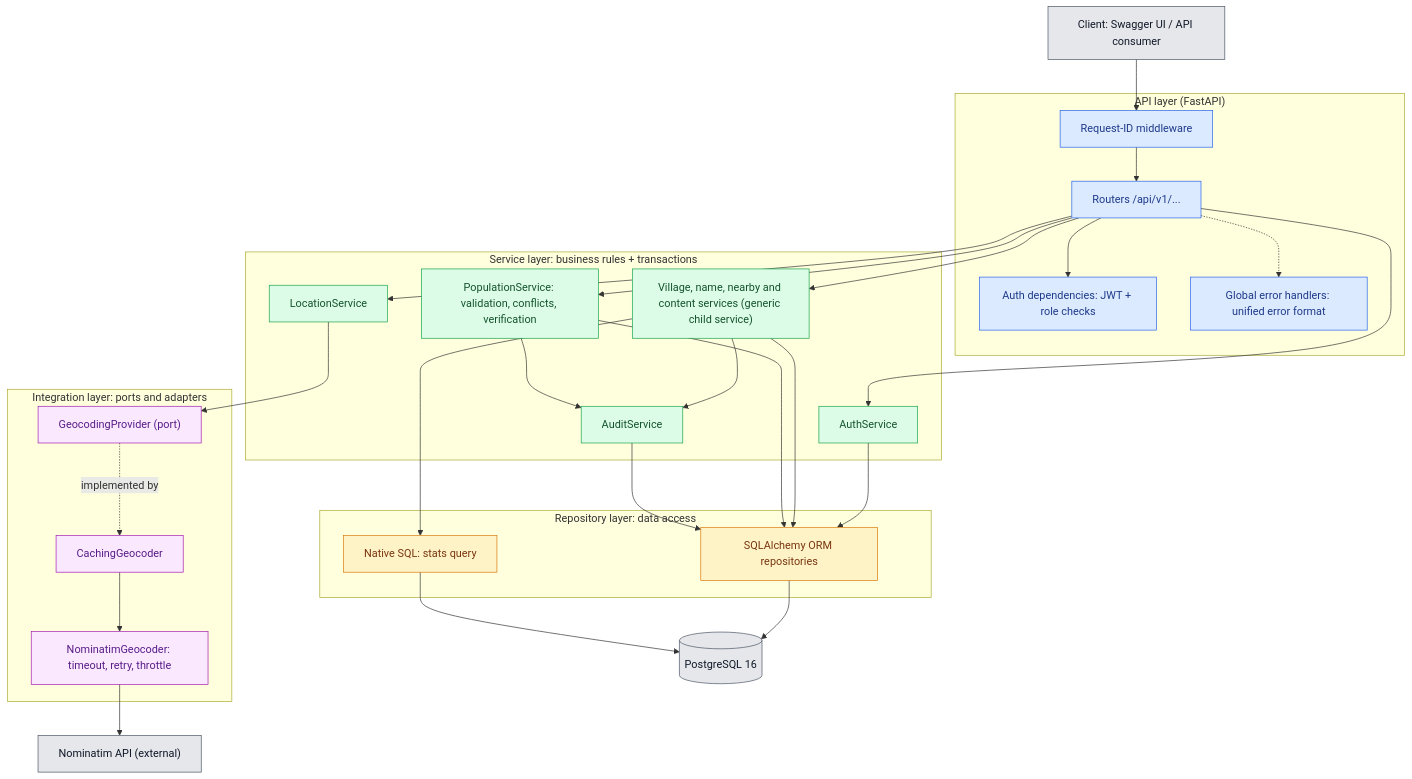
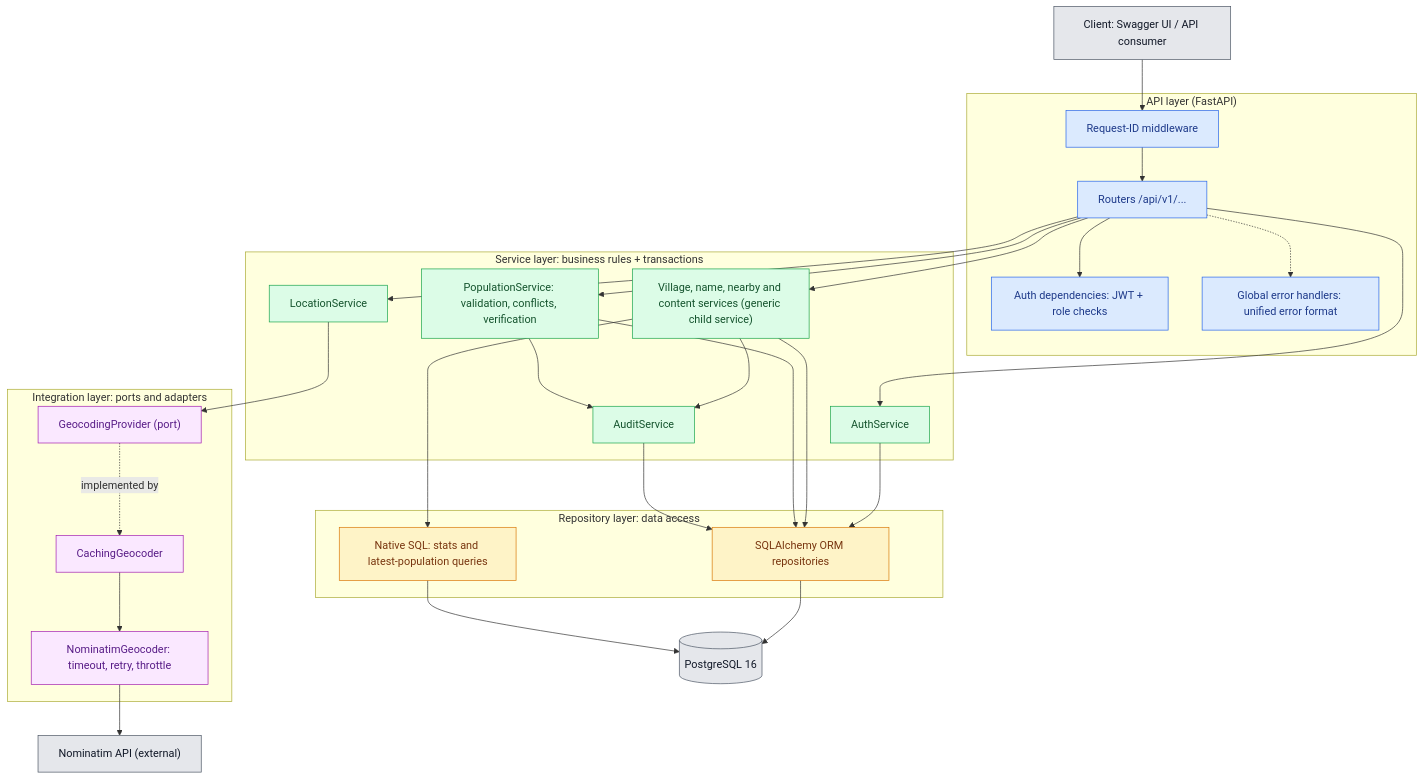
The first of 4 diagrams in docs/architecture.md (basmalahd/Qaryati_Project), drawn with Mermaid before and after one commit. The commit also changed other lines of this file and 1 other file, not shown here.

Commit message:
docs: add stack and architecture alternatives to ADR-001

````diff
--- a/docs/architecture.md
+++ b/docs/architecture.md
@@ -9,65 +9,65 @@
 ```mermaid
 flowchart TD
     client["Client: Swagger UI / API consumer"]
 
     subgraph api["API layer (FastAPI)"]
         mw["Request-ID middleware"]
         deps["Auth dependencies: JWT + role checks"]
         routers["Routers /api/v1/..."]
         errors["Global error handlers: unified error format"]
     end
 
     subgraph svc["Service layer: business rules + transactions"]
         authsvc["AuthService"]
         villagesvc["Village, name, nearby and content services (generic child service)"]
         popsvc["PopulationService: validation, conflicts, verification"]
         locsvc["LocationService"]
         auditsvc["AuditService"]
     end
 
     subgraph repo["Repository layer: data access"]
         orm["SQLAlchemy ORM repositories"]
-        rawsql["Native SQL: stats query"]
+        rawsql["Native SQL: stats and latest-population queries"]
     end
 
     subgraph integ["Integration layer: ports and adapters"]
         port["GeocodingProvider (port)"]
         cache["CachingGeocoder"]
         nominatim["NominatimGeocoder: timeout, retry, throttle"]
     end
 
     db[("PostgreSQL 16")]
     ext["Nominatim API (external)"]
 
     client --> mw --> routers
     routers --> deps
     routers --> authsvc
     routers --> villagesvc
     routers --> popsvc
     routers --> locsvc
     routers -.-> errors
     villagesvc --> auditsvc
     popsvc --> auditsvc
     authsvc --> orm
     villagesvc --> orm
     villagesvc --> rawsql
     popsvc --> orm
     auditsvc --> orm
     orm --> db
     rawsql --> db
     locsvc --> port
     port -.implemented by.-> cache
     cache --> nominatim
     nominatim --> ext
 
     classDef apiStyle fill:#dbeafe,stroke:#2563eb,color:#1e3a8a
     classDef svcStyle fill:#dcfce7,stroke:#16a34a,color:#14532d
     classDef repoStyle fill:#fef3c7,stroke:#d97706,color:#78350f
     classDef integStyle fill:#fae8ff,stroke:#a21caf,color:#581c87
     classDef extStyle fill:#e5e7eb,stroke:#4b5563,color:#111827
     class mw,deps,routers,errors apiStyle
     class authsvc,villagesvc,popsvc,locsvc,auditsvc svcStyle
     class orm,rawsql repoStyle
     class port,cache,nominatim integStyle
     class db,ext,client extStyle
 ```
````
